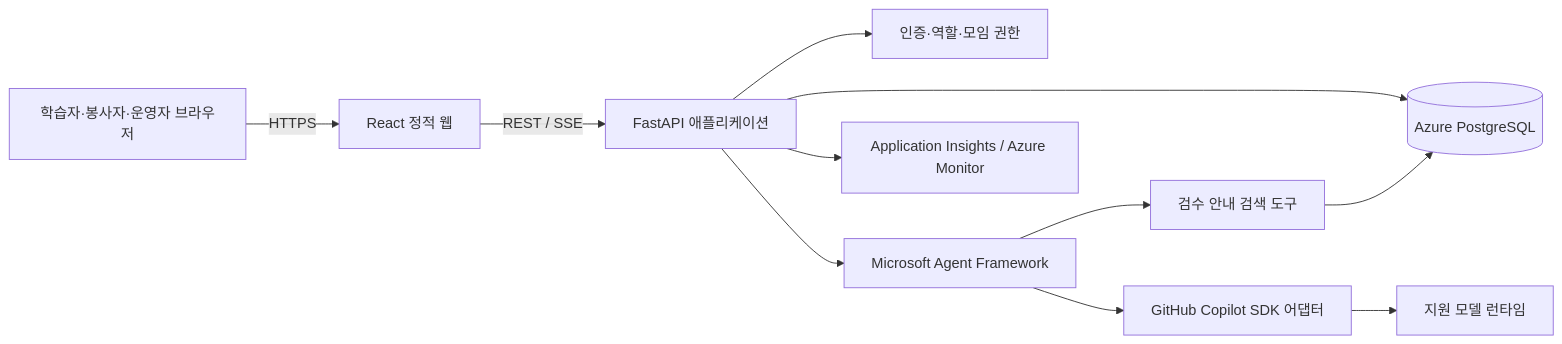
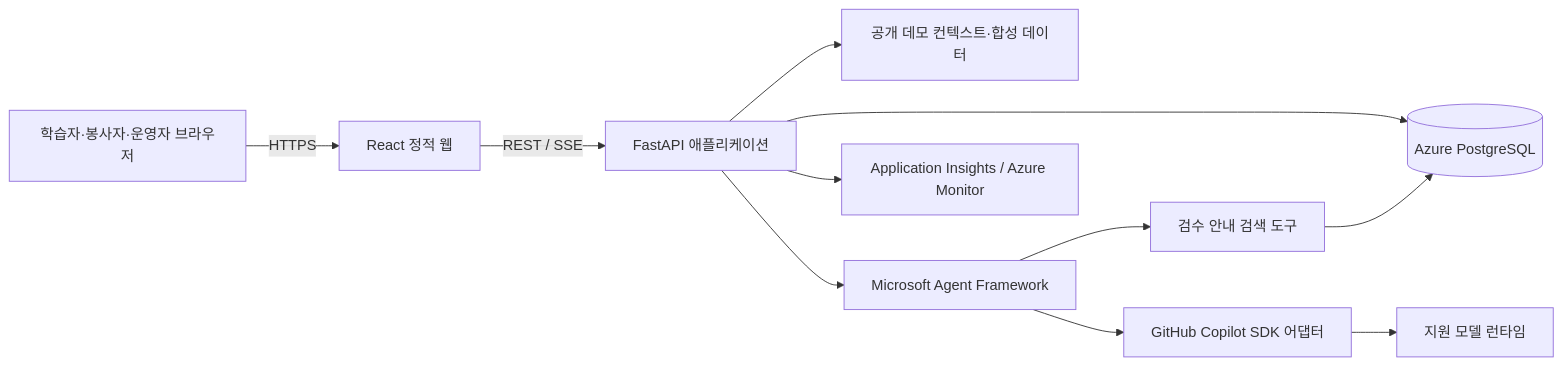
Before and after one commit to chereny/Hackerton_cheongdo: the diagram in docs/TRD.md, drawn with Mermaid. The commit also changed other lines of this file, not shown here.

````diff
--- a/docs/TRD.md
+++ b/docs/TRD.md
@@ -41,13 +42,13 @@
 ```mermaid
 flowchart LR
     U[학습자·봉사자·운영자 브라우저] -->|HTTPS| WEB[React 정적 웹]
     WEB -->|REST / SSE| API[FastAPI 애플리케이션]
-    API --> AUTH[인증·역할·모임 권한]
+    API --> DEMO[공개 데모 컨텍스트·합성 데이터]
     API --> DB[(Azure PostgreSQL)]
     API --> AGENT[Microsoft Agent Framework]
     AGENT --> GUIDE[검수 안내 검색 도구]
     GUIDE --> DB
     AGENT --> COPILOT[GitHub Copilot SDK 어댑터]
     COPILOT --> MODEL[지원 모델 런타임]
     API --> OBS[Application Insights / Azure Monitor]
 ```
````
